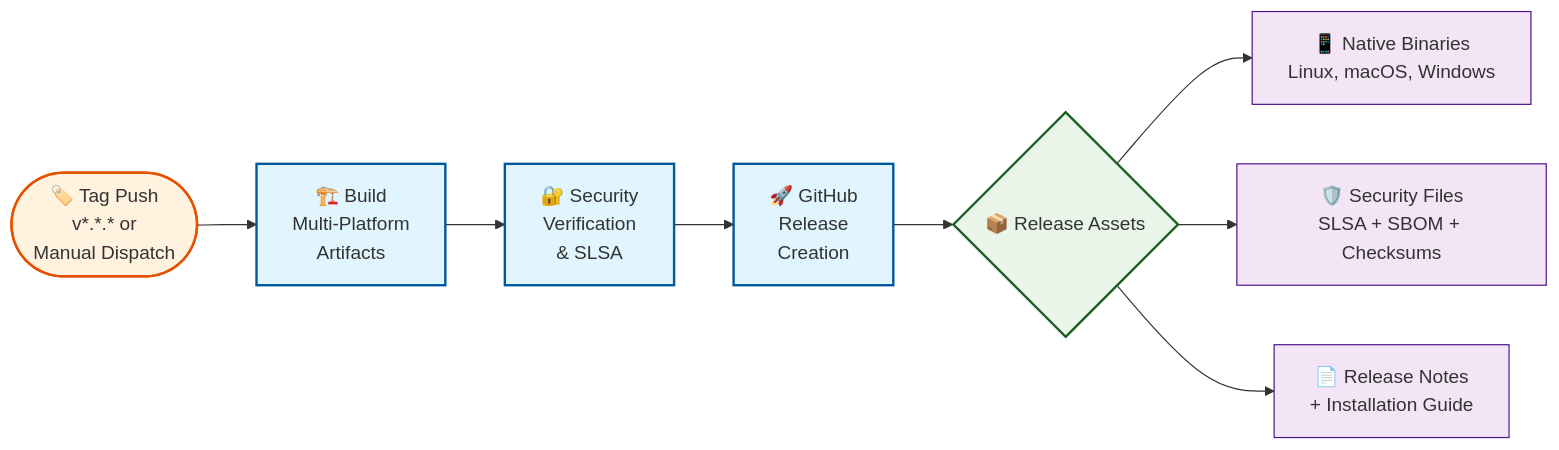
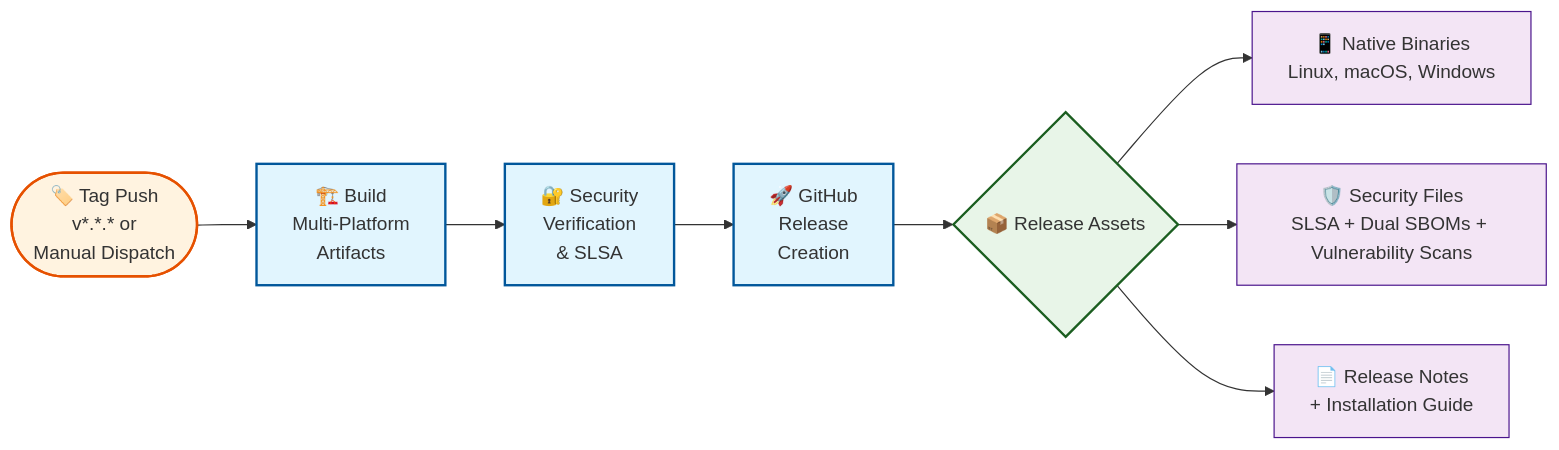
One commit to kamiazya/scopes changed the first of 5 diagrams in docs/explanation/automated-release-process.md. Above: the diagram before and after it, drawn with Mermaid. The commit also changed other lines of this file, not shown here.

First line of the commit message:
docs: update automated-release-process.md for enhanced security features

````diff
--- a/docs/explanation/automated-release-process.md
+++ b/docs/explanation/automated-release-process.md
@@ -13,29 +13,29 @@
 ```mermaid
 graph LR
     %% Triggers
     Start([🏷️ Tag Push<br/>v*.*.* or<br/>Manual Dispatch]) 
     
     %% Main workflow stages
     Start --> Build[🏗️ Build<br/>Multi-Platform<br/>Artifacts]
     Build --> Security[🔐 Security<br/>Verification<br/>& SLSA]
     Security --> Release[🚀 GitHub<br/>Release<br/>Creation]
     
     %% Final outputs
     Release --> Output{📦 Release Assets}
     
     %% Output types
     Output --> Binaries[📱 Native Binaries<br/>Linux, macOS, Windows]
-    Output --> Verification[🛡️ Security Files<br/>SLSA + SBOM + Checksums]
+    Output --> Verification[🛡️ Security Files<br/>SLSA + Dual SBOMs + Vulnerability Scans]
     Output --> Documentation[📄 Release Notes<br/>+ Installation Guide]
     
     %% Styling
     classDef triggerBox fill:#fff3e0,stroke:#e65100,stroke-width:2px
     classDef processBox fill:#e1f5fe,stroke:#01579b,stroke-width:2px  
     classDef outputBox fill:#e8f5e8,stroke:#1b5e20,stroke-width:2px
     classDef artifactBox fill:#f3e5f5,stroke:#4a148c,stroke-width:1px
     
     class Start triggerBox
     class Build,Security,Release processBox
     class Output outputBox
     class Binaries,Verification,Documentation artifactBox
 ```
````
